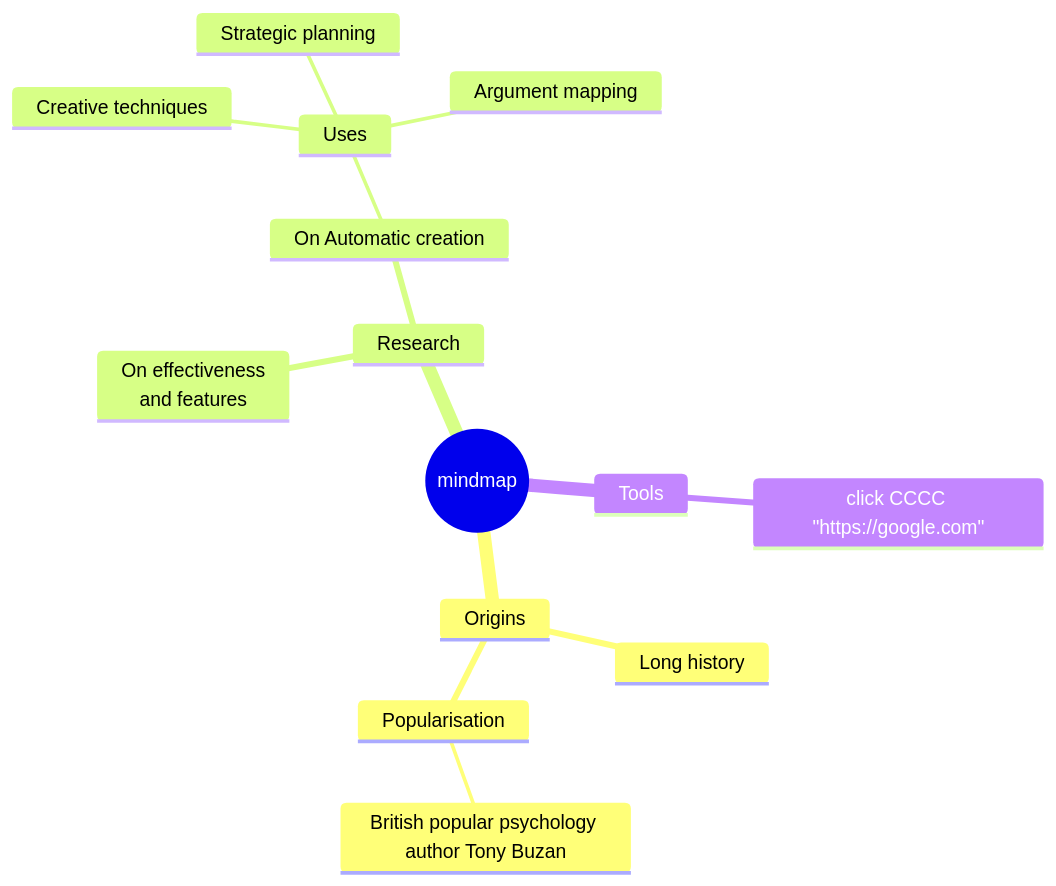
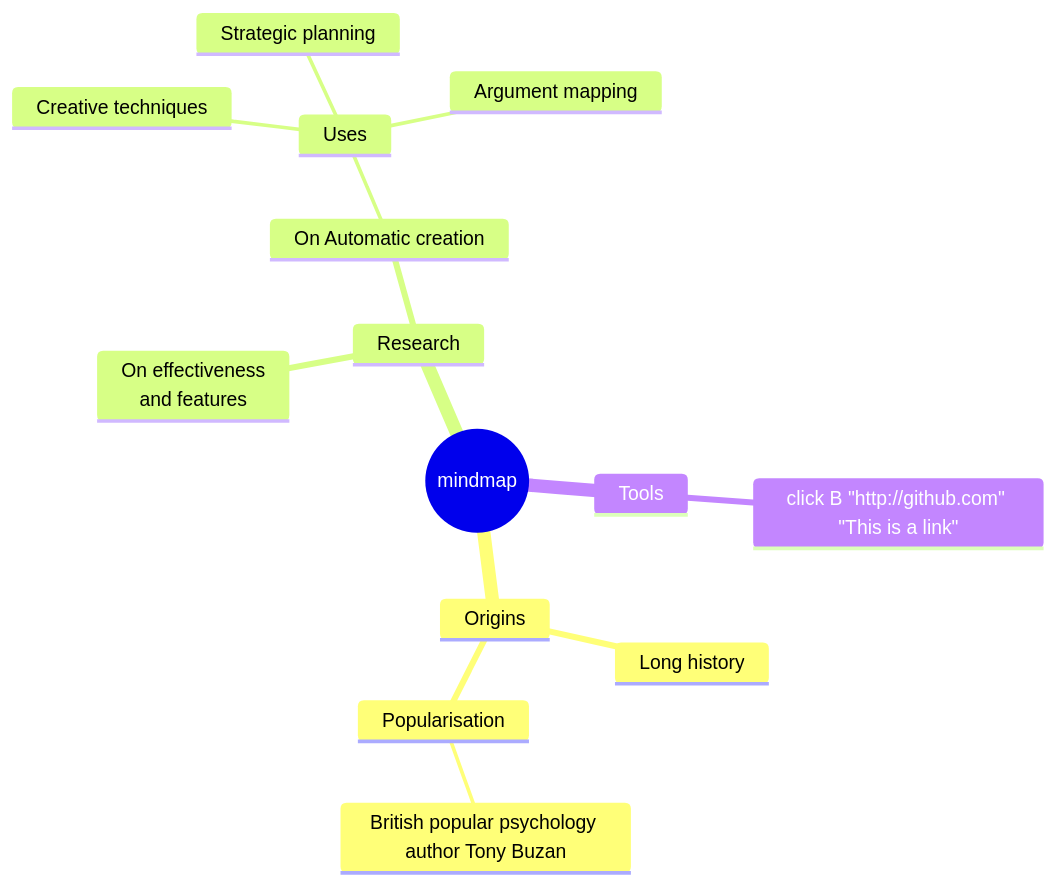
The diagram in test1.md (aghazadehm/test), drawn with Mermaid before and after one commit.

````diff
--- a/test1.md
+++ b/test1.md
@@ -1,18 +1,18 @@
 ```mermaid
 mindmap
   root((mindmap))
     Origins
       Long history
       ::icon(fa fa-book)
       Popularisation
         British popular psychology author Tony Buzan
     Research
       On effectiveness<br/>and features
       On Automatic creation
         Uses
             Creative techniques
             Strategic planning
             Argument mapping
     Tools
-     click CCCC "https://google.com"
+     click B "http://github.com" "This is a link"
 ```
````
